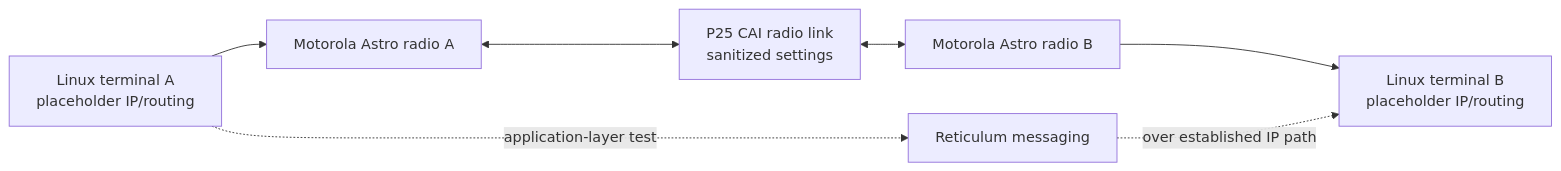
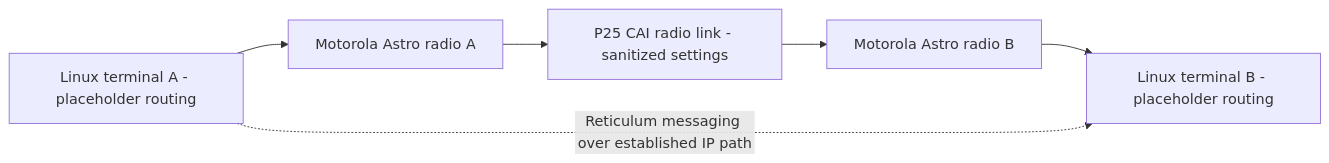
Before and after one commit to jjudge213/p25-reticulum-radio-ip-lab: the diagram in README.md, drawn with Mermaid.

Commit message:
Fix P25 topology Mermaid rendering

````diff
--- a/README.md
+++ b/README.md
@@ -61,9 +61,8 @@
 ```mermaid
 flowchart LR
-    laptopA[Linux terminal A<br/>placeholder IP/routing] --> radioA[Motorola Astro radio A]
-    radioA <--> p25[P25 CAI radio link<br/>sanitized settings]
-    p25 <--> radioB[Motorola Astro radio B]
-    radioB --> laptopB[Linux terminal B<br/>placeholder IP/routing]
-    laptopA -. application-layer test .-> reticulum[Reticulum messaging]
-    reticulum -. over established IP path .-> laptopB
+    laptopA["Linux terminal A - placeholder routing"] --> radioA["Motorola Astro radio A"]
+    radioA --> link["P25 CAI radio link - sanitized settings"]
+    link --> radioB["Motorola Astro radio B"]
+    radioB --> laptopB["Linux terminal B - placeholder routing"]
+    laptopA -. "Reticulum messaging over established IP path" .-> laptopB
 ```
````
